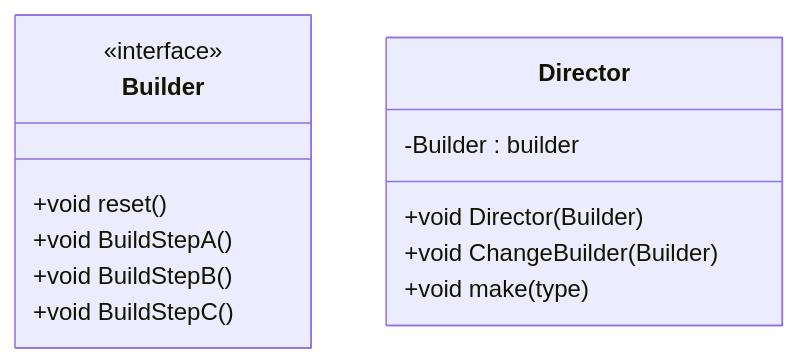
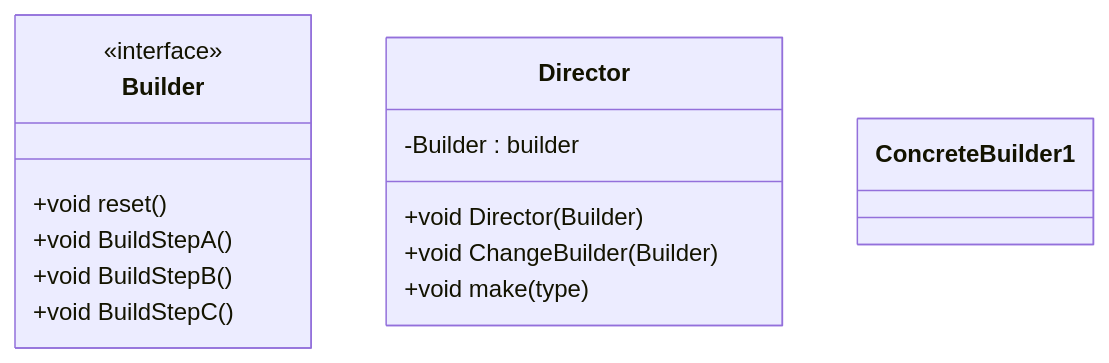
Before and after one commit to kirolossedra/Creational-Design-Patterns: the diagram in Builder/README.md, drawn with Mermaid.

````diff
--- a/Builder/README.md
+++ b/Builder/README.md
@@ -2,19 +2,23 @@
 ```mermaid
 classDiagram
 
 class Builder{
 <<interface>> 
     +void reset()
     +void BuildStepA()
     +void BuildStepB()
     +void BuildStepC()
 }
 
 class Director{
 -Builder : builder
 +void Director(Builder)
 +void ChangeBuilder(Builder)
 +void make(type)
 }
 
+class ConcreteBuilder1{
+
+}
+
 ```
````
